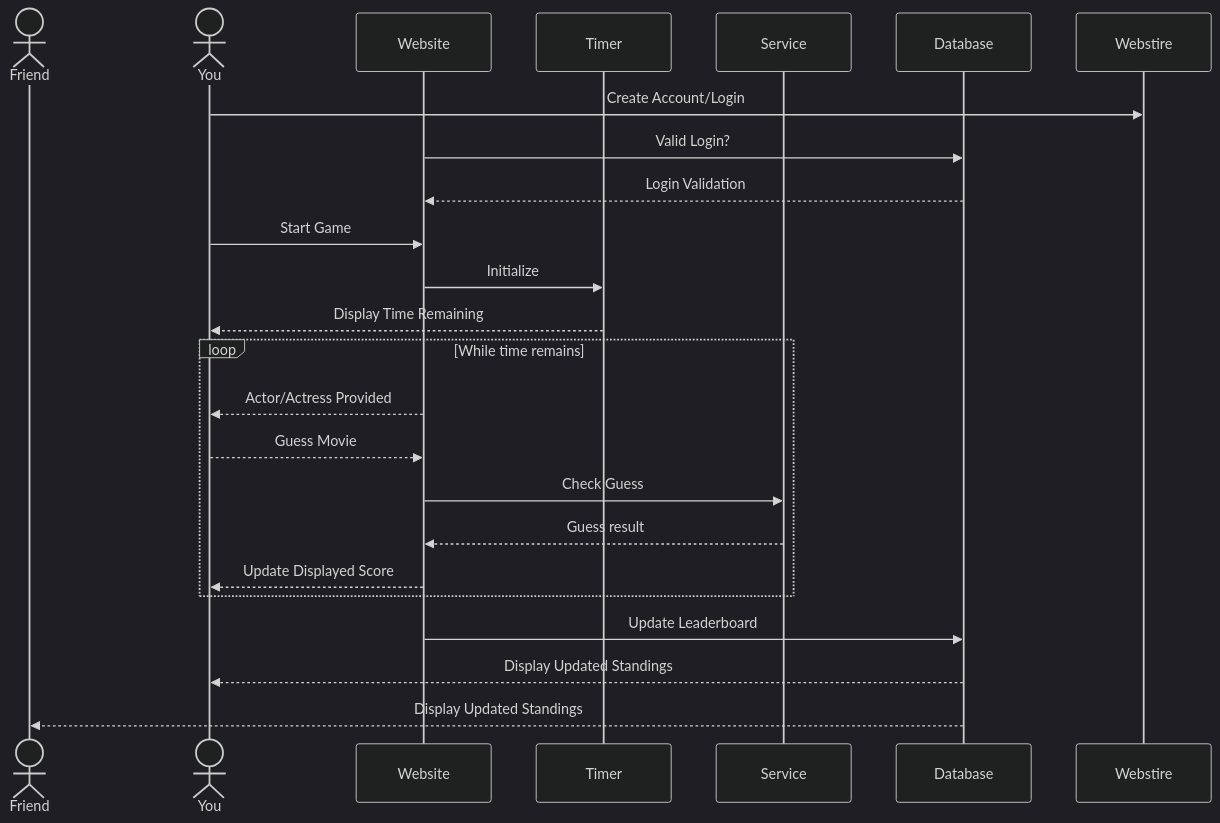
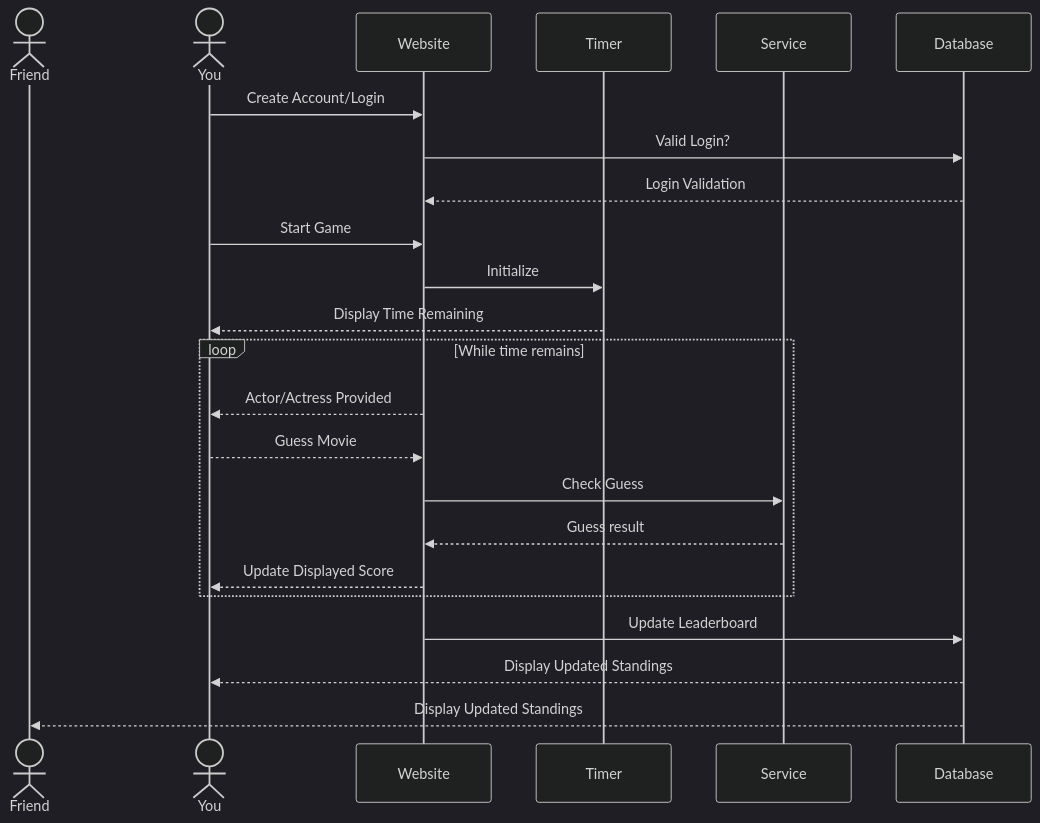
Before and after one commit to efoulk4/Actordle: the diagram in README.md, drawn with Mermaid (dark theme). The commit also changed other lines of this file, not shown here.

````diff
--- a/README.md
+++ b/README.md
@@ -26,26 +26,26 @@
 ```mermaid
 sequenceDiagram
     actor Friend
     actor You
     participant Website
     participant Timer
     participant Service
     participant Database
 
-    You->>Webstire: Create Account/Login
+    You->>Website: Create Account/Login
     Website->>Database: Valid Login?
     Database-->>Website: Login Validation
     You->>Website: Start Game
     Website->>Timer: Initialize
     Timer-->>You: Display Time Remaining
     loop While time remains
         Website-->>You: Actor/Actress Provided
         You-->>Website: Guess Movie
         Website->>Service: Check Guess
         Service-->>Website: Guess result
         Website-->>You: Update Displayed Score
     end
     Website->>Database: Update Leaderboard
     Database-->>You: Display Updated Standings
     Database-->>Friend: Display Updated Standings
 ```
````
